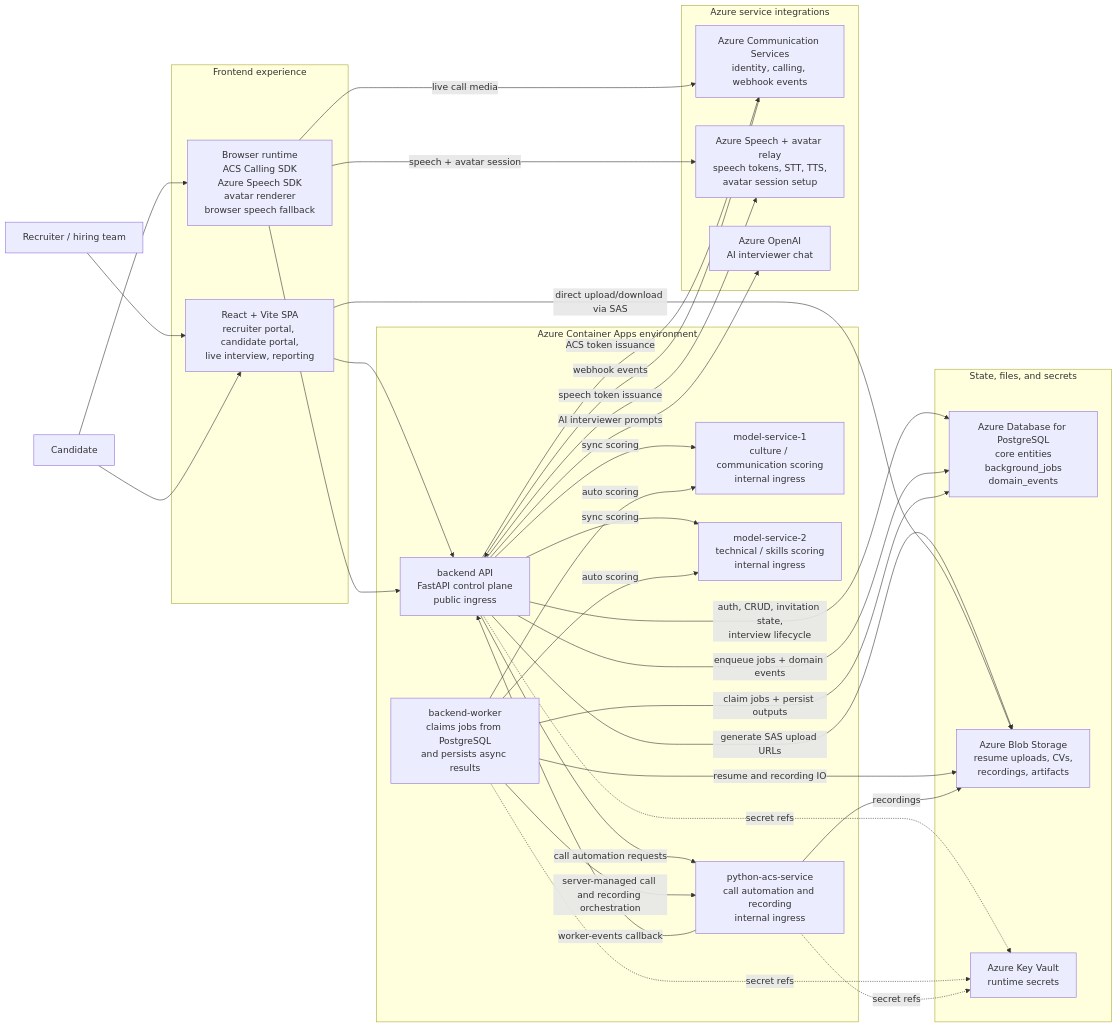
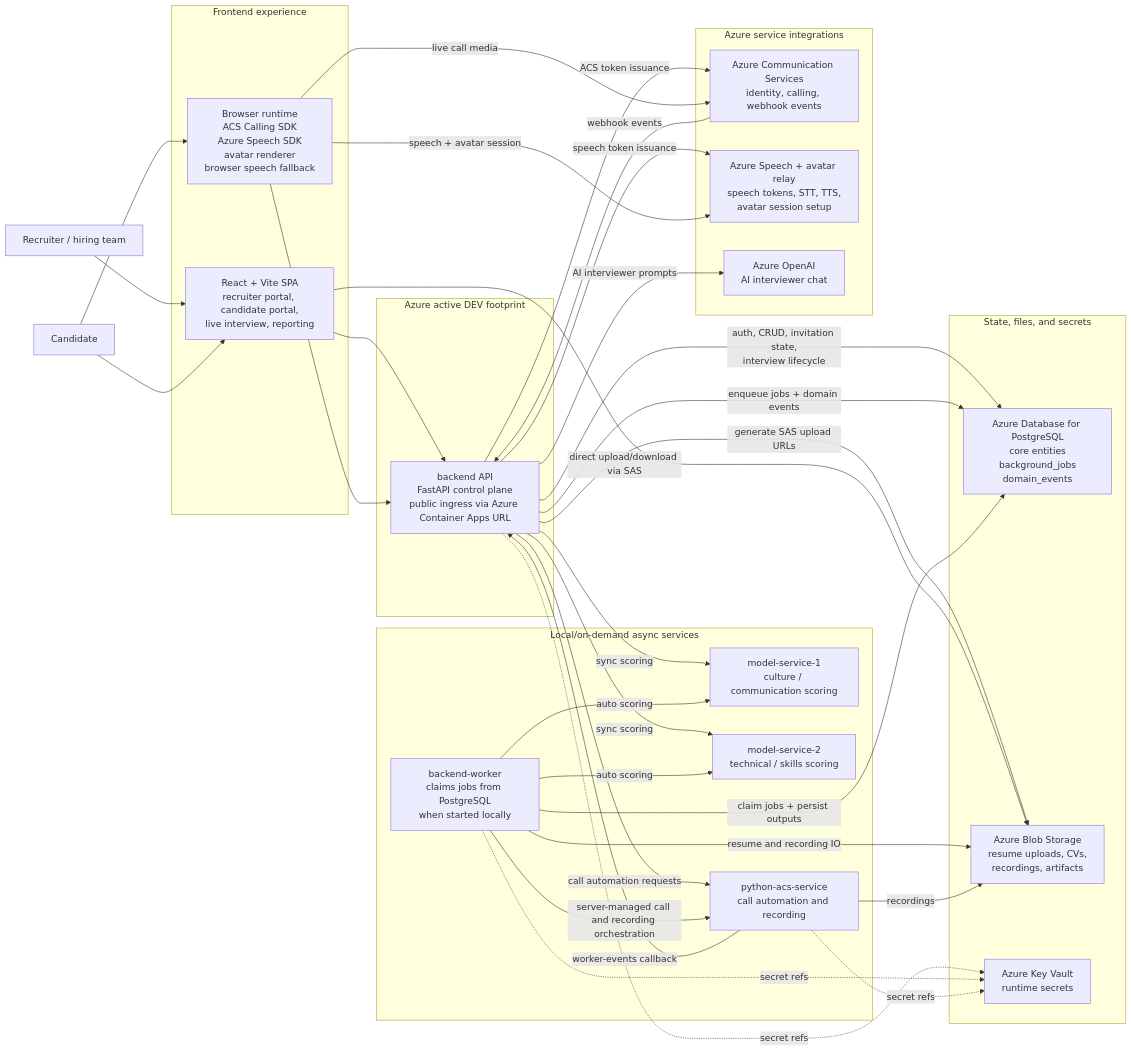
Before and after one commit to dcava30/Talenti_MVP: the second of 4 diagrams in documentation/ARCHITECTURE_DIAGRAM.md, drawn with Mermaid. The commit also changed other lines of this file and 32 other files, not shown here.

First line of the commit message:
feat(infra): add lean dev-only Azure deployment mode

````diff
--- a/documentation/ARCHITECTURE_DIAGRAM.md
+++ b/documentation/ARCHITECTURE_DIAGRAM.md
@@ -111,66 +111,69 @@
 ```mermaid
 flowchart LR
     recruiter["Recruiter / hiring team"]
     candidate["Candidate"]
 
     subgraph experience["Frontend experience"]
         spa["React + Vite SPA<br/>recruiter portal, candidate portal,<br/>live interview, reporting"]
         browser["Browser runtime<br/>ACS Calling SDK<br/>Azure Speech SDK<br/>avatar renderer<br/>browser speech fallback"]
     end
 
-    subgraph apps["Azure Container Apps environment"]
-        backend["backend API<br/>FastAPI control plane<br/>public ingress"]
-        worker["backend-worker<br/>claims jobs from PostgreSQL<br/>and persists async results"]
-        model1["model-service-1<br/>culture / communication scoring<br/>internal ingress"]
-        model2["model-service-2<br/>technical / skills scoring<br/>internal ingress"]
-        acsworker["python-acs-service<br/>call automation and recording<br/>internal ingress"]
+    subgraph apps["Azure active DEV footprint"]
+        backend["backend API<br/>FastAPI control plane<br/>public ingress via Azure Container Apps URL"]
+    end
+
+    subgraph local["Local/on-demand async services"]
+        worker["backend-worker<br/>claims jobs from PostgreSQL<br/>when started locally"]
+        model1["model-service-1<br/>culture / communication scoring"]
+        model2["model-service-2<br/>technical / skills scoring"]
+        acsworker["python-acs-service<br/>call automation and recording"]
     end
 
     subgraph state["State, files, and secrets"]
         pg["Azure Database for PostgreSQL<br/>core entities<br/>background_jobs<br/>domain_events"]
         blob["Azure Blob Storage<br/>resume uploads, CVs,<br/>recordings, artifacts"]
         kv["Azure Key Vault<br/>runtime secrets"]
     end
 
     subgraph azure["Azure service integrations"]
         acs["Azure Communication Services<br/>identity, calling, webhook events"]
         speech["Azure Speech + avatar relay<br/>speech tokens, STT, TTS,<br/>avatar session setup"]
         openai["Azure OpenAI<br/>AI interviewer chat"]
     end
 
     recruiter --> spa
     candidate --> spa
     candidate --> browser
 
     spa --> backend
     browser --> backend
 
     backend -->|auth, CRUD, invitation state,<br/>interview lifecycle| pg
     backend -->|enqueue jobs + domain events| pg
     worker -->|claim jobs + persist outputs| pg
 
     backend -->|generate SAS upload URLs| blob
     spa -->|direct upload/download via SAS| blob
     worker -->|resume and recording IO| blob
     acsworker -->|recordings| blob
 
     backend -->|sync scoring| model1
     backend -->|sync scoring| model2
     worker -->|auto scoring| model1
     worker -->|auto scoring| model2
 
     backend -->|AI interviewer prompts| openai
     backend -->|ACS token issuance| acs
     backend -->|speech token issuance| speech
     browser -->|live call media| acs
     browser -->|speech + avatar session| speech
 
     backend -->|call automation requests| acsworker
     worker -->|server-managed call and recording orchestration| acsworker
     acs -->|webhook events| backend
     acsworker -->|worker-events callback| backend
 
     backend -. secret refs .-> kv
     worker -. secret refs .-> kv
     acsworker -. secret refs .-> kv
 ```
````
